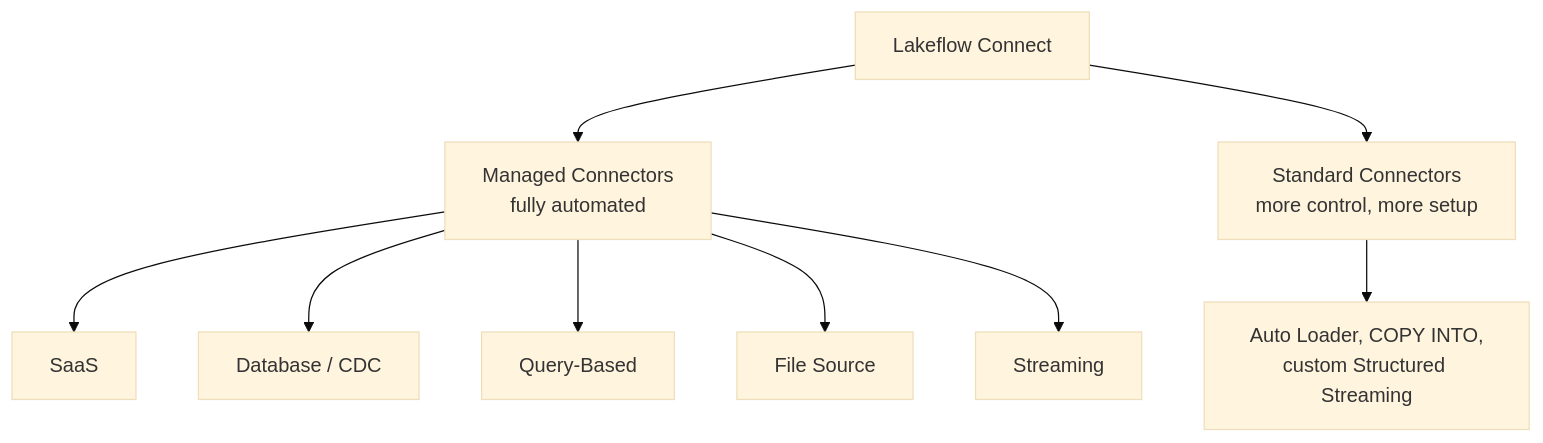
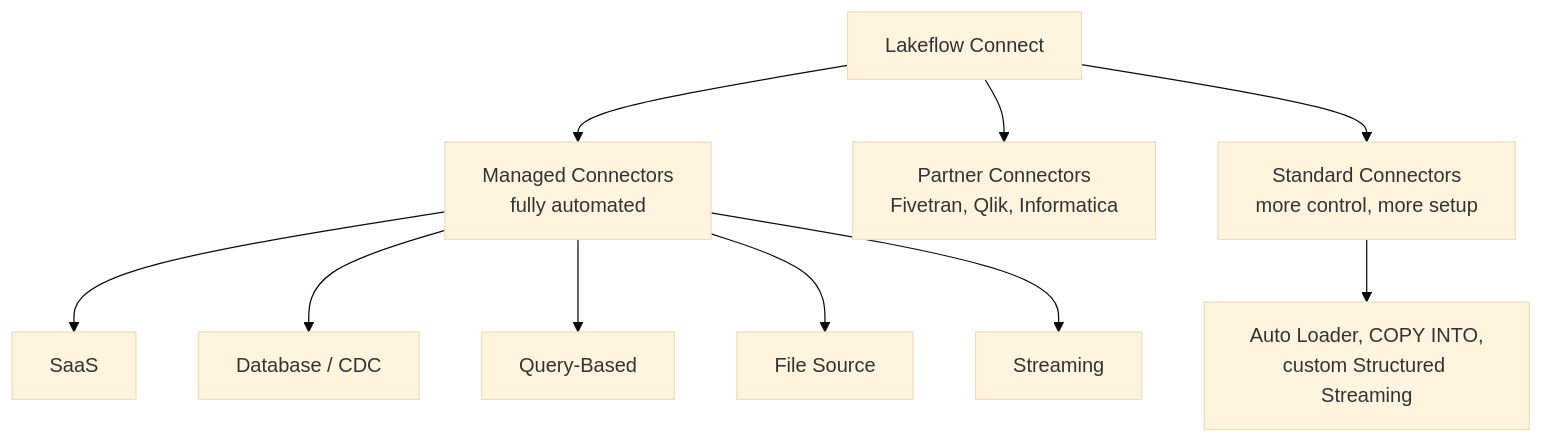
One commit to AbhishekBiswas-github/AI_Engineer_Course_Files changed the first of 16 diagrams in DataBricks/lakeflow-connect-detailed-connector-types.md. Above: the diagram before and after it, drawn with Mermaid (base theme). The commit also changed other lines of this file, not shown here.

````diff
--- a/DataBricks/lakeflow-connect-detailed-connector-types.md
+++ b/DataBricks/lakeflow-connect-detailed-connector-types.md
@@ -7,11 +7,12 @@
 ```mermaid
 graph TD
     A[Lakeflow Connect] --> B[Managed Connectors<br/>fully automated]
+    A --> J[Partner Connectors<br/>Fivetran, Qlik, Informatica]
     A --> C[Standard Connectors<br/>more control, more setup]
     B --> D[SaaS]
     B --> E[Database / CDC]
     B --> F[Query-Based]
     B --> G[File Source]
     B --> H[Streaming]
     C --> I[Auto Loader, COPY INTO,<br/>custom Structured Streaming]
 ```
````
